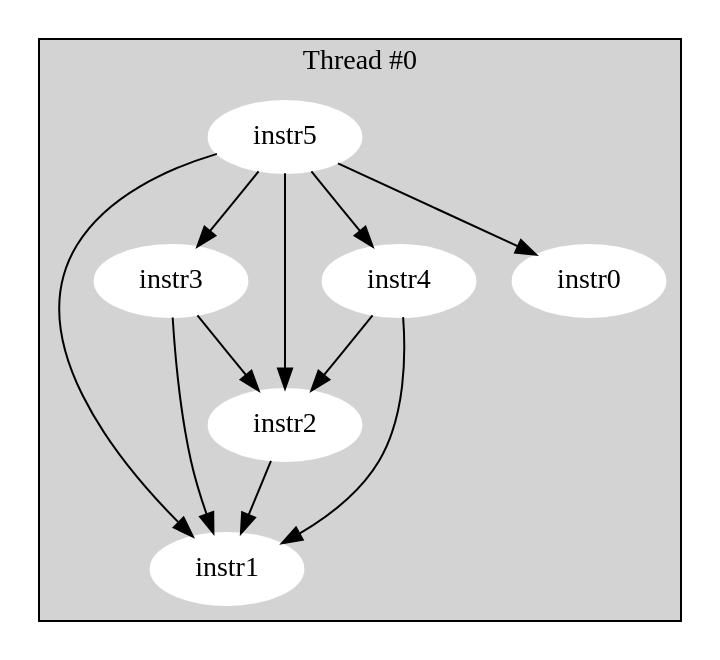
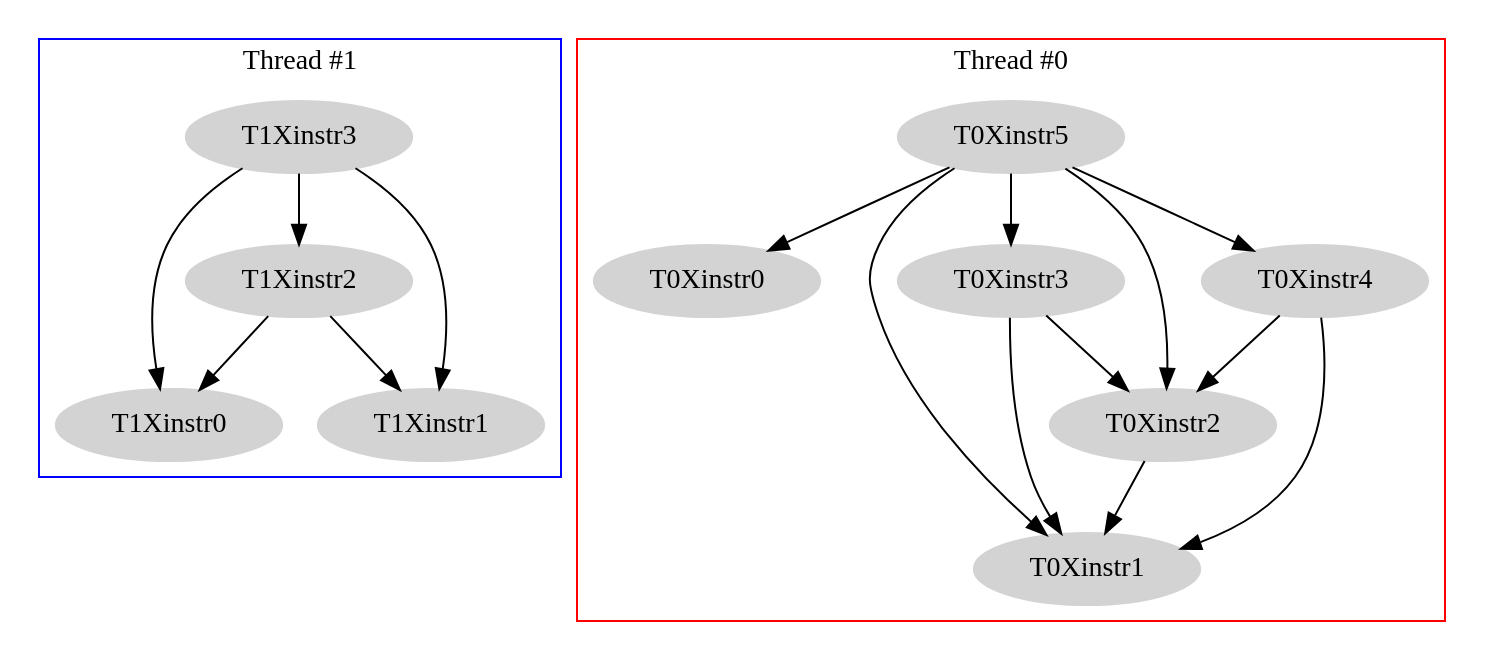
Before and after one commit to K-dizzled/isa-interprerter: the diagram in etc/graphs/graph1.dot, drawn with Graphviz. The commit also changed 15 other files, not shown here.

```diff
--- a/etc/graphs/graph1.dot
+++ b/etc/graphs/graph1.dot
@@ -1,1 +1,1 @@
-digraph{subgraph cluster_0{style="filled";node[style="filled",color=white];label="Thread #0";instr2->instr1;instr3->instr1;instr3->instr2;instr4->instr1;instr4->instr2;instr5->instr1;instr5->instr2;instr5->instr0;instr5->instr3;instr5->instr4;}}
+digraph{subgraph cluster_0{color=blue;node[style="filled",color=lightgray];label="Thread #1";T1Xinstr0;T1Xinstr1;T1Xinstr2;T1Xinstr2->T1Xinstr0;T1Xinstr2->T1Xinstr1;T1Xinstr3;T1Xinstr3->T1Xinstr0;T1Xinstr3->T1Xinstr1;T1Xinstr3->T1Xinstr2;}subgraph cluster_1{color=red;node[style="filled",color=lightgray];label="Thread #0";T0Xinstr0;T0Xinstr1;T0Xinstr2;T0Xinstr2->T0Xinstr1;T0Xinstr3;T0Xinstr3->T0Xinstr1;T0Xinstr3->T0Xinstr2;T0Xinstr4;T0Xinstr4->T0Xinstr1;T0Xinstr4->T0Xinstr2;T0Xinstr5;T0Xinstr5->T0Xinstr1;T0Xinstr5->T0Xinstr2;T0Xinstr5->T0Xinstr0;T0Xinstr5->T0Xinstr3;T0Xinstr5->T0Xinstr4;}}
```
